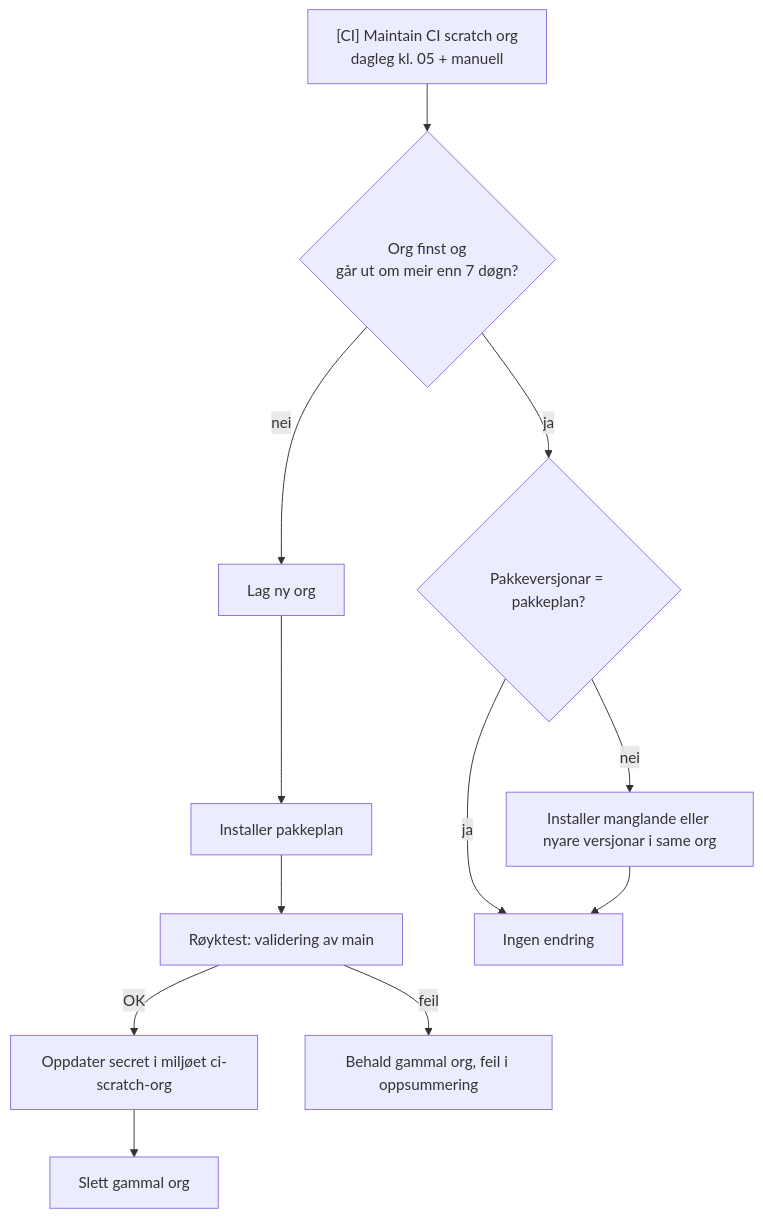
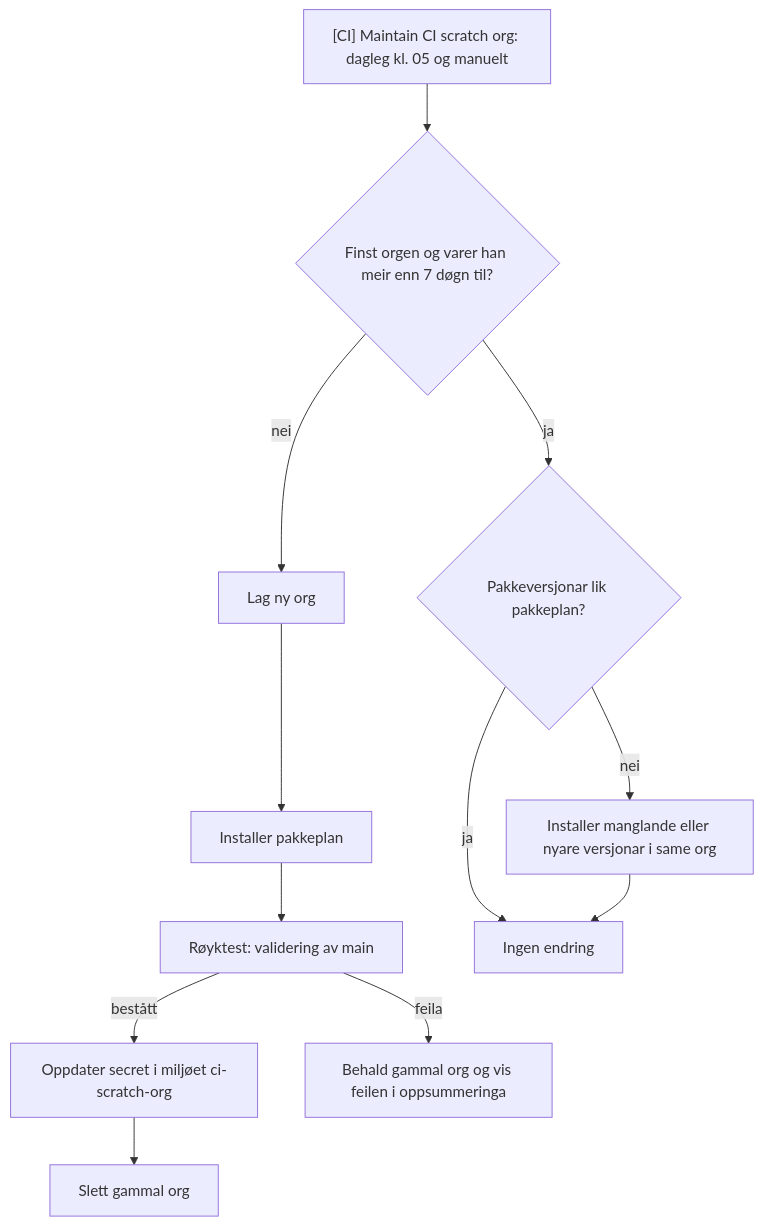
The fourth of 4 diagrams in .github/specs/reusable-scratch-org-pr-validation.md (navikt/crm-arbeidsforhold), drawn with Mermaid before and after one commit.

Commit message:
docs(ci): make maintenance diagram parse in Mermaid 12
Refs #1267

````diff
--- a/.github/specs/reusable-scratch-org-pr-validation.md
+++ b/.github/specs/reusable-scratch-org-pr-validation.md
@@ -112,14 +112,14 @@
 ```mermaid
 flowchart TD
-    S["[CI] Maintain CI scratch org<br/>dagleg kl. 05 + manuell"] --> E{Org finst og<br/>går ut om meir enn 7 døgn?}
-    E -- nei --> N1[Lag ny org]
-    N1 --> N2[Installer pakkeplan]
-    N2 --> N3[Røyktest: validering av main]
-    N3 -- OK --> N4[Oppdater secret i miljøet ci-scratch-org]
-    N4 --> N5[Slett gammal org]
-    N3 -- feil --> X[Behald gammal org, feil i oppsummering]
-    E -- ja --> P{Pakkeversjonar = pakkeplan?}
-    P -- ja --> OK[Ingen endring]
-    P -- nei --> U[Installer manglande eller nyare versjonar i same org]
-    U --> OK
+    start["[CI] Maintain CI scratch org: dagleg kl. 05 og manuelt"] --> fresh{"Finst orgen og varer han meir enn 7 døgn til?"}
+    fresh -->|nei| create["Lag ny org"]
+    create --> install["Installer pakkeplan"]
+    install --> smoke["Røyktest: validering av main"]
+    smoke -->|bestått| secret["Oppdater secret i miljøet ci-scratch-org"]
+    secret --> remove["Slett gammal org"]
+    smoke -->|feila| keep["Behald gammal org og vis feilen i oppsummeringa"]
+    fresh -->|ja| plan{"Pakkeversjonar lik pakkeplan?"}
+    plan -->|ja| unchanged["Ingen endring"]
+    plan -->|nei| upgrade["Installer manglande eller nyare versjonar i same org"]
+    upgrade --> unchanged
 ```
````
